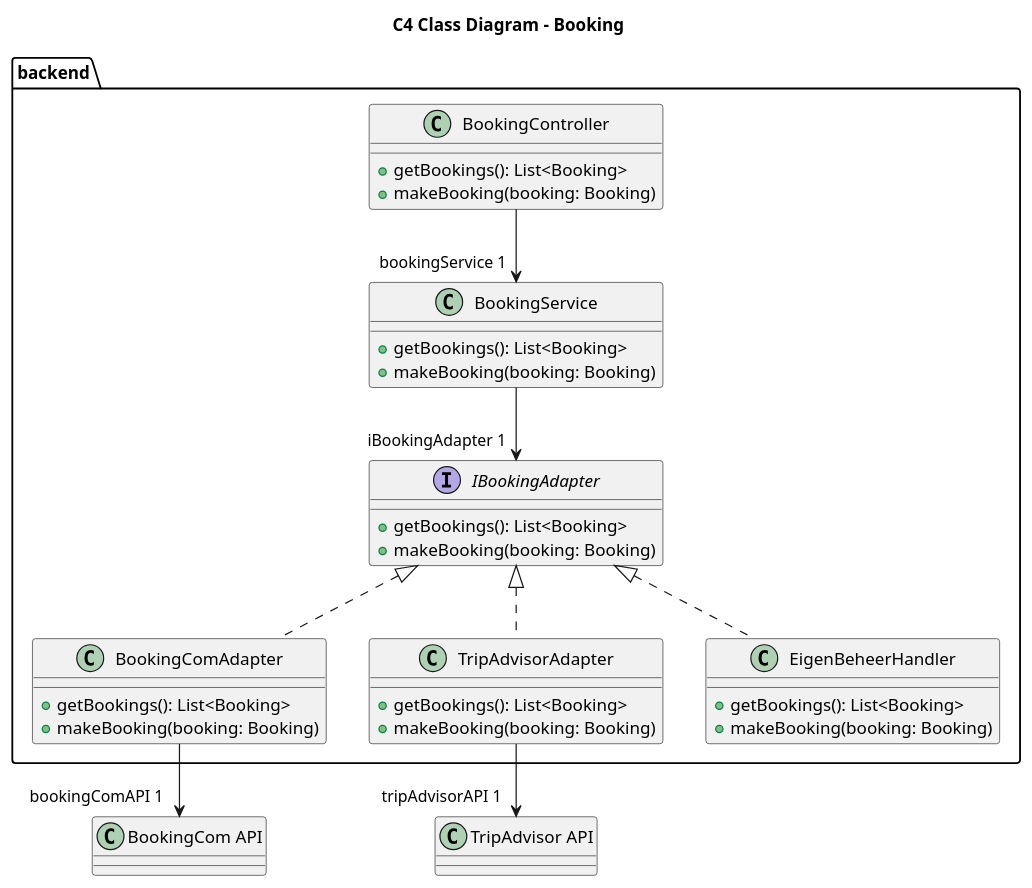
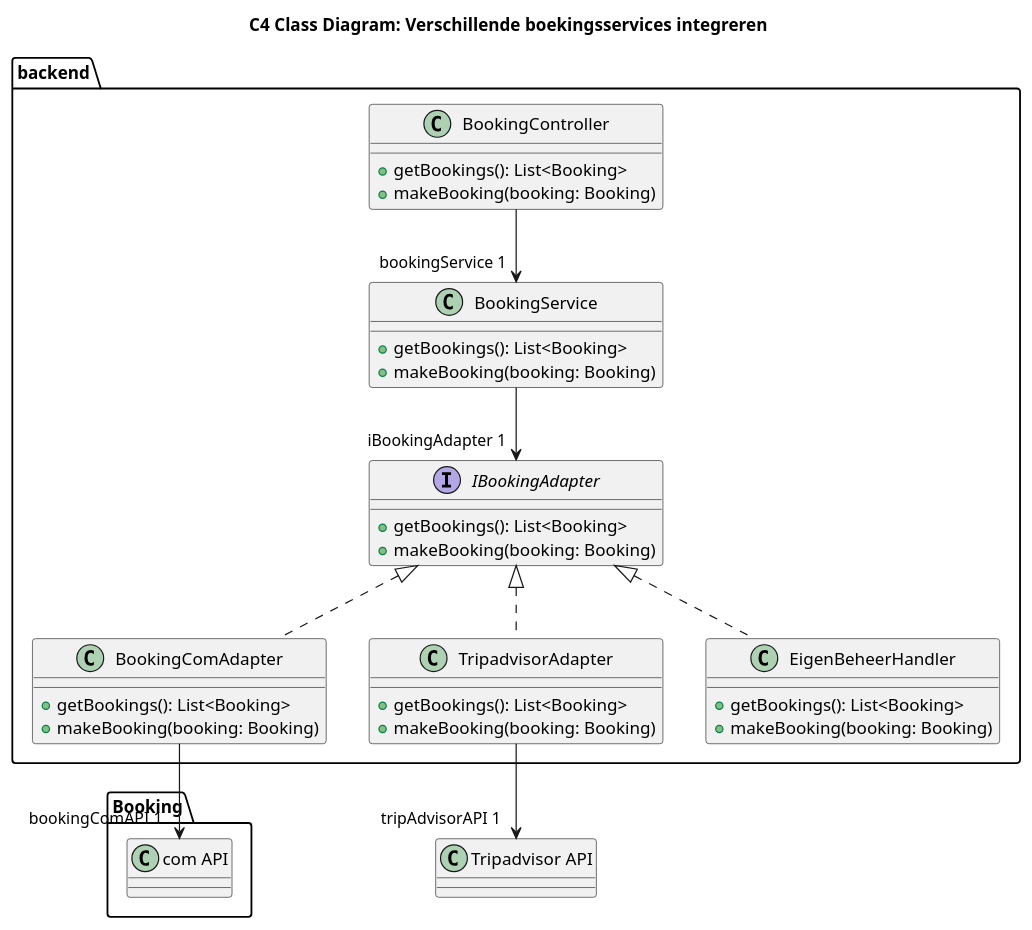
Before and after one commit to AIM-ENE-feb25/triptop-groep-4-jochem-roald-stijn-a: the diagram in software-guidebook/sgb-bestanden/ontwerpvragen/Modifiability - class diagram.puml, drawn with PlantUML. The commit also changed 19 other files, not shown here.

First line of the commit message:
Alle diagrammen rechtgetrokken

```diff
--- a/software-guidebook/sgb-bestanden/ontwerpvragen/Modifiability - class diagram.puml
+++ b/software-guidebook/sgb-bestanden/ontwerpvragen/Modifiability - class diagram.puml
@@ -1,47 +1,47 @@
 @startuml
-title C4 Class Diagram - Booking
+title C4 Class Diagram: Verschillende boekingsservices integreren
 
 
 package "backend" {
 
 interface IBookingAdapter {
     + getBookings(): List<Booking>
     + makeBooking(booking: Booking)
 }
 
 class BookingComAdapter {
     + getBookings(): List<Booking>
     + makeBooking(booking: Booking)
 }
 
-class TripAdvisorAdapter {
+class TripadvisorAdapter {
     + getBookings(): List<Booking>
     + makeBooking(booking: Booking)
 }
 
 class EigenBeheerHandler {
     + getBookings(): List<Booking>
     + makeBooking(booking: Booking)
 }
 
 class BookingController {
     + getBookings(): List<Booking>
     + makeBooking(booking: Booking)
 }
 
 class BookingService {
     + getBookings(): List<Booking>
     + makeBooking(booking: Booking)
 }
 
 }
 
 IBookingAdapter <|.. BookingComAdapter
-IBookingAdapter <|.. TripAdvisorAdapter
+IBookingAdapter <|.. TripadvisorAdapter
 IBookingAdapter <|.. EigenBeheerHandler
-BookingComAdapter --> "bookingComAPI 1" "BookingCom API"
-TripAdvisorAdapter --> "tripAdvisorAPI 1" "TripAdvisor API"
+BookingComAdapter --> "bookingComAPI 1" "Booking.com API"
+TripadvisorAdapter --> "tripAdvisorAPI 1" "Tripadvisor API"
 
 BookingController --> "bookingService 1" BookingService
 BookingService --> "iBookingAdapter 1" IBookingAdapter
 @enduml
```
